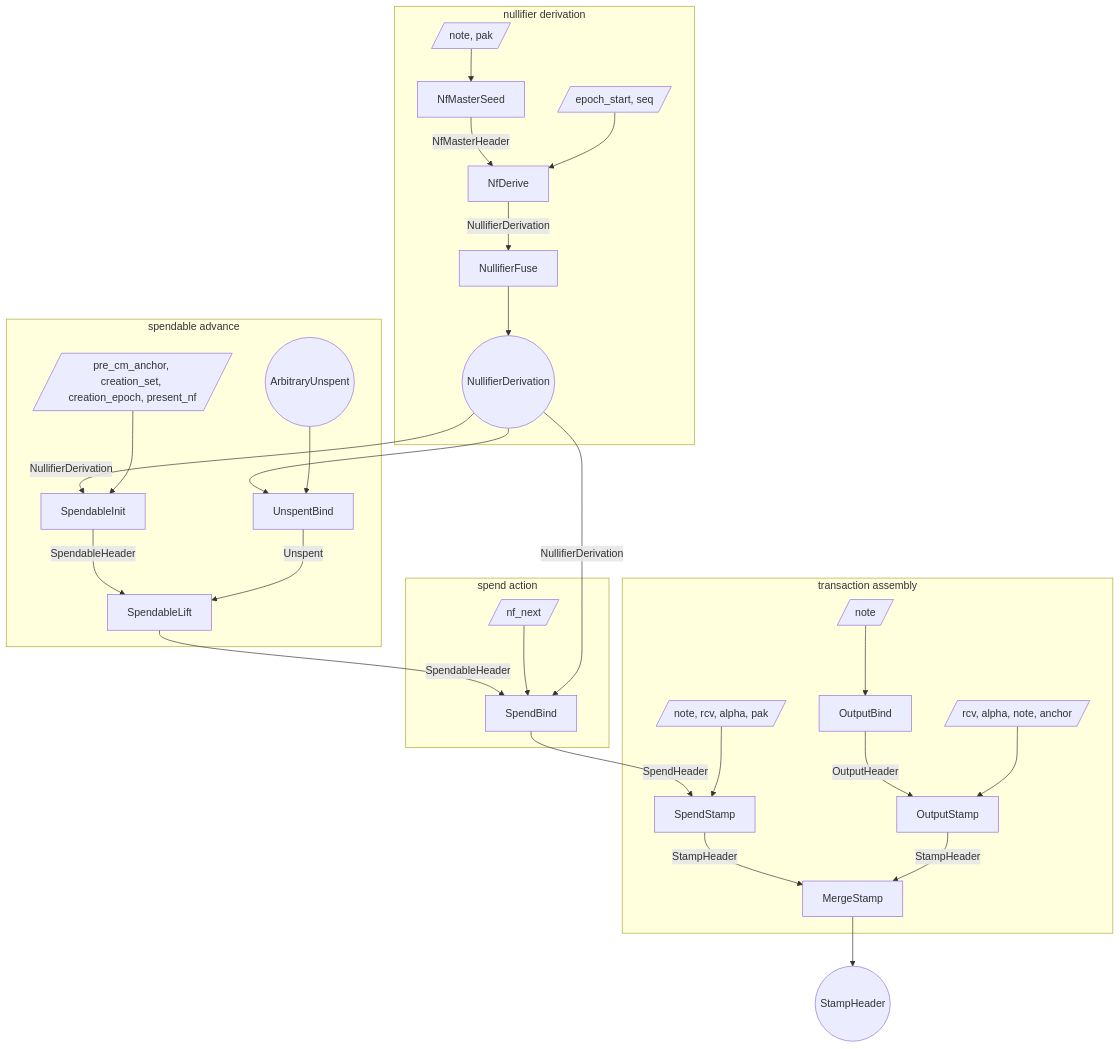
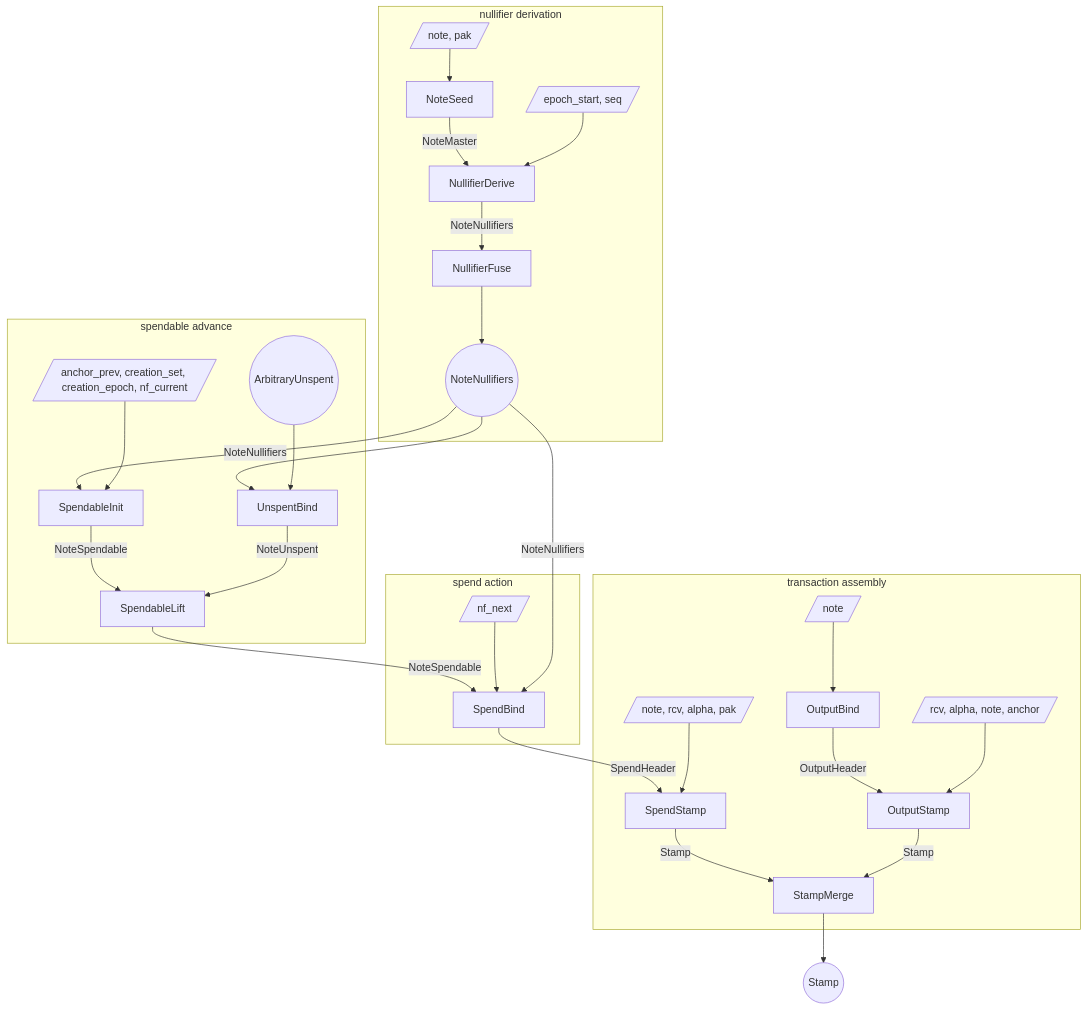
The first of 3 diagrams in book/src/proof-tree.md (alxiong/tachyon), drawn with Mermaid before and after one commit. The commit also changed other lines of this file and 24 other files, not shown here.

````diff
--- a/book/src/proof-tree.md
+++ b/book/src/proof-tree.md
@@ -307,62 +307,62 @@
 ```mermaid
 flowchart TB
   subgraph derive [nullifier derivation]
     w_seed[/note, pak/]
-    s_seed[NfMasterSeed]
+    s_seed[NoteSeed]
     w_window[/epoch_start, seq/]
-    s_window[NfDerive]
+    s_window[NullifierDerive]
     s_dfuse[NullifierFuse]
-    nf_range((NullifierDerivation))
+    nf_range((NoteNullifiers))
   end
 
   subgraph spendable [spendable advance]
-    w_init[/pre_cm_anchor, creation_set, creation_epoch, present_nf/]
+    w_init[/anchor_prev, creation_set, creation_epoch, nf_current/]
     s_init[SpendableInit]
     unspent_in((ArbitraryUnspent))
     s_unspentbind[UnspentBind]
     s_lift[SpendableLift]
   end
 
-  subgraph spend_action [spend action]
+  subgraph spend_stamp [spend action]
     w_bind[/nf_next/]
     s_bind[SpendBind]
   end
 
   subgraph merge [transaction assembly]
     w_stamp[/note, rcv, alpha, pak/]
     s_spendstamp[SpendStamp]
     w_outbind[/note/]
     s_outbind[OutputBind]
     w_output[/rcv, alpha, note, anchor/]
     s_output[OutputStamp]
-    s_merge[MergeStamp]
+    s_merge[StampMerge]
   end
 
-  stamp_out((StampHeader))
+  stamp_out((Stamp))
 
   w_seed --> s_seed
-  s_seed -->|NfMasterHeader| s_window
+  s_seed -->|NoteMaster| s_window
   w_window --> s_window
-  s_window -->|NullifierDerivation| s_dfuse
+  s_window -->|NoteNullifiers| s_dfuse
   s_dfuse --> nf_range
 
-  nf_range -->|NullifierDerivation| s_init
+  nf_range -->|NoteNullifiers| s_init
   w_init --> s_init
   nf_range --> s_unspentbind
   unspent_in --> s_unspentbind
-  s_init -->|SpendableHeader| s_lift
-  s_unspentbind -->|Unspent| s_lift
-  s_lift -->|SpendableHeader| s_bind
+  s_init -->|NoteSpendable| s_lift
+  s_unspentbind -->|NoteUnspent| s_lift
+  s_lift -->|NoteSpendable| s_bind
 
   w_bind --> s_bind
-  nf_range -->|NullifierDerivation| s_bind
+  nf_range -->|NoteNullifiers| s_bind
   s_bind -->|SpendHeader| s_spendstamp
   w_stamp --> s_spendstamp
 
   w_outbind --> s_outbind
   s_outbind -->|OutputHeader| s_output
   w_output --> s_output
-  s_spendstamp -->|StampHeader| s_merge
-  s_output -->|StampHeader| s_merge
+  s_spendstamp -->|Stamp| s_merge
+  s_output -->|Stamp| s_merge
   s_merge --> stamp_out
 ```
````
